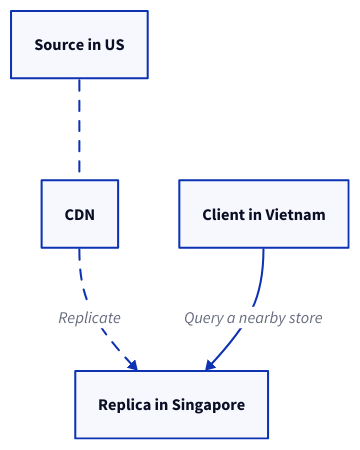
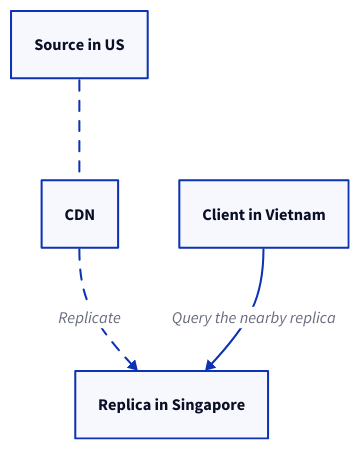
One commit to link1905/system-design-101 changed diagram 18 of 19 in content/docs/data-persistence/media-storage.md. Above: the diagram before and after it, drawn with D2. The commit also changed other lines of this file and 7 other files, not shown here.

````diff
--- a/content/docs/data-persistence/media-storage.md
+++ b/content/docs/data-persistence/media-storage.md
@@ -608,21 +499,21 @@
 ```d2
 cdn: CDN {
   class: cdn
 }
 c: Client in Vietnam {
   class: client
 }
 o: Replica in Singapore {
   class: db
 }
 s: Source in US {
   class: db
 }
 s -- cdn {
   style.animated: true
 }
 cdn -> o: Replicate {
   style.animated: true
-}  
-c -> o: Query a nearby store 
+}
+c -> o: Query the nearby replica
 ```
````
